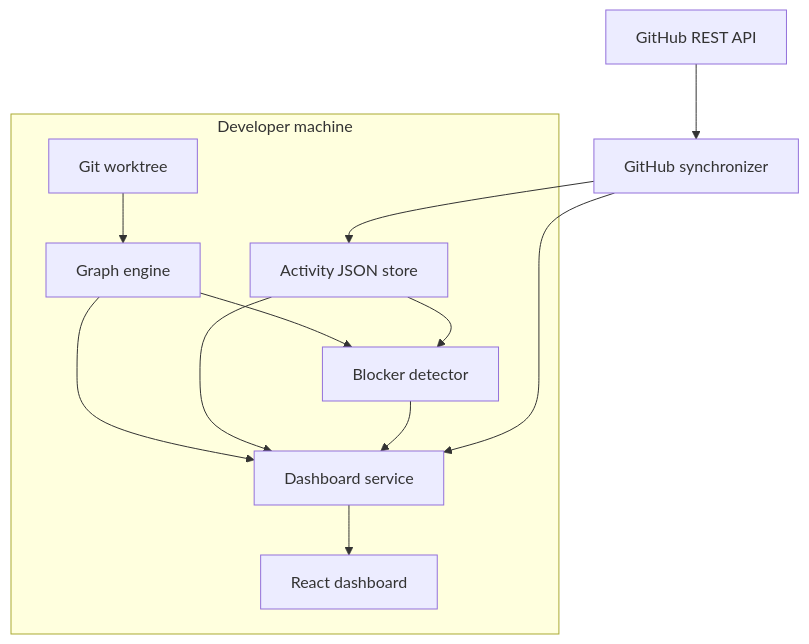
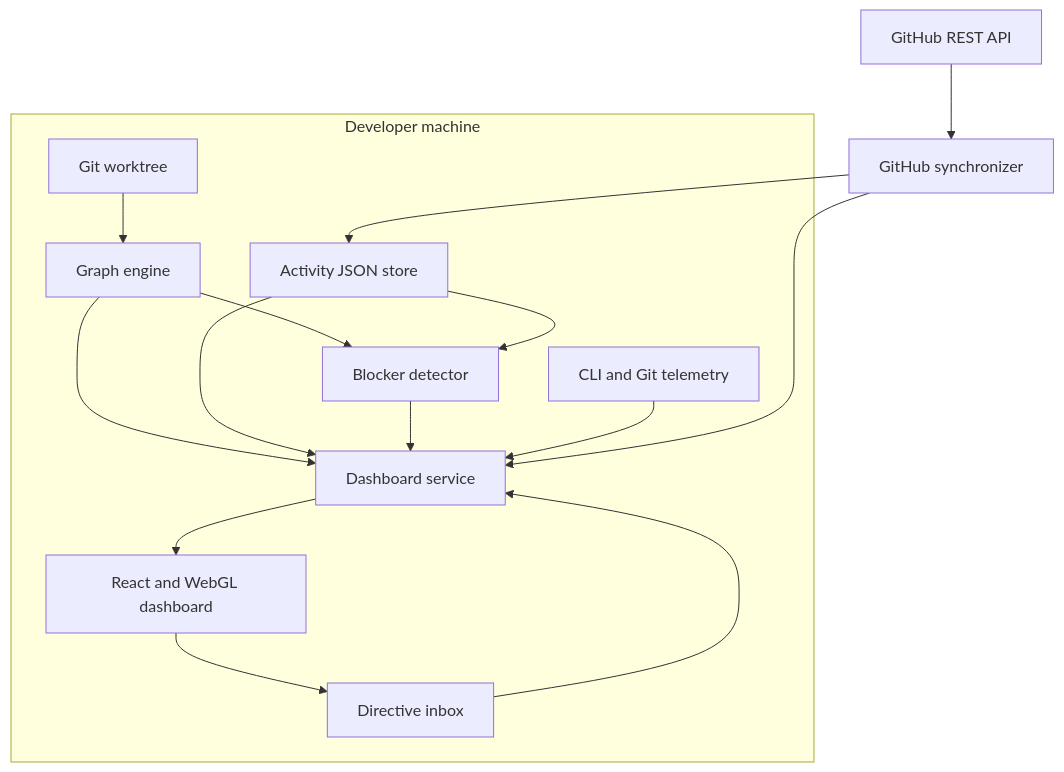
Before and after one commit to deepthii26/Spidey-Sense: the diagram in docs/architecture.md, drawn with Mermaid. The commit also changed other lines of this file and 30 other files, not shown here.

````diff
--- a/docs/architecture.md
+++ b/docs/architecture.md
@@ -9,23 +9,28 @@
 ```mermaid
 flowchart TB
     subgraph Local[Developer machine]
         Repo[Git worktree]
         Graph[Graph engine]
         Store[Activity JSON store]
         Rules[Blocker detector]
         Server[Dashboard service]
-        Web[React dashboard]
+        Live[CLI and Git telemetry]
+        Inbox[Directive inbox]
+        Web[React and WebGL dashboard]
 
         Repo --> Graph
         Graph --> Rules
         Store --> Rules
         Graph --> Server
         Store --> Server
         Rules --> Server
+        Live --> Server
+        Inbox --> Server
         Server --> Web
+        Web --> Inbox
     end
 
     GH[GitHub REST API] --> Adapter[GitHub synchronizer]
     Adapter --> Store
     Adapter --> Server
 ```
````
